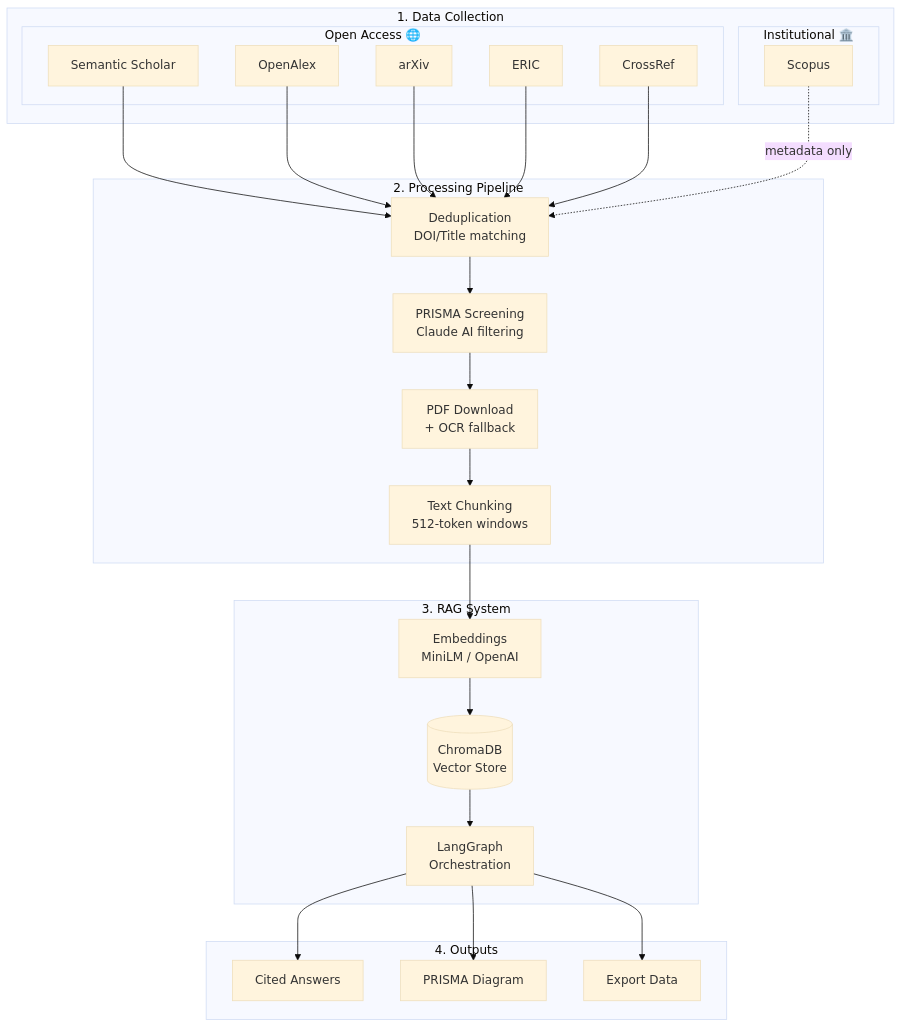
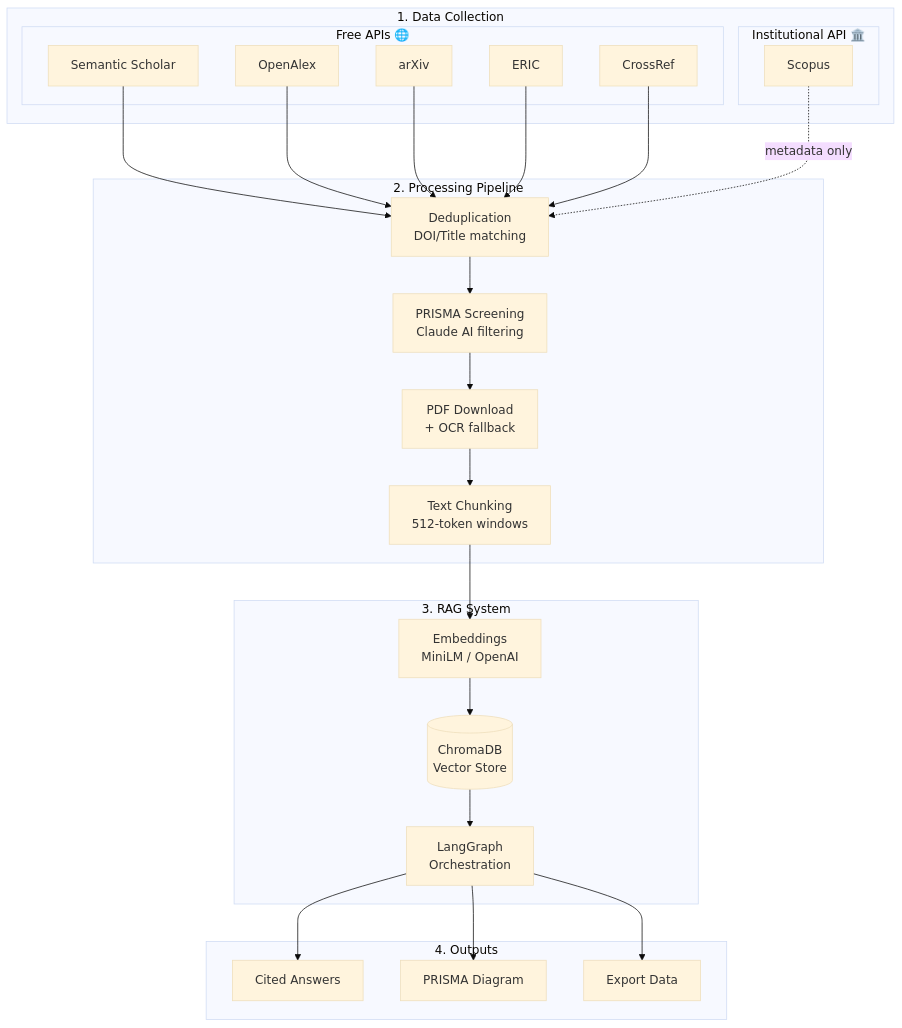
The diagram in README.md (HosungYou/ScholaRAG), drawn with Mermaid (base theme) before and after one commit. The commit also changed other lines of this file, not shown here.

First line of the commit message:
docs: Improve database classification and add API key setup guide

````diff
--- a/README.md
+++ b/README.md
@@ -72,39 +72,39 @@
 ```mermaid
 flowchart TB
     subgraph Data["1. Data Collection"]
-        subgraph OpenAccess["Open Access 🌐"]
+        subgraph FreeAPIs["Free APIs 🌐"]
             A1[Semantic Scholar]
             A2[OpenAlex]
             A3[arXiv]
             A4[ERIC]
             A5[CrossRef]
         end
-        subgraph Institutional["Institutional 🏛️"]
+        subgraph InstitutionalAPIs["Institutional API 🏛️"]
             A6[Scopus]
         end
     end
 
     subgraph Process["2. Processing Pipeline"]
         B[Deduplication<br/>DOI/Title matching]
         C[PRISMA Screening<br/>Claude AI filtering]
         D[PDF Download<br/>+ OCR fallback]
         E[Text Chunking<br/>512-token windows]
     end
 
     subgraph RAG["3. RAG System"]
         F[Embeddings<br/>MiniLM / OpenAI]
         G[(ChromaDB<br/>Vector Store)]
         H[LangGraph<br/>Orchestration]
     end
 
     subgraph Output["4. Outputs"]
         I[Cited Answers]
         J[PRISMA Diagram]
         K[Export Data]
     end
 
     A1 & A2 & A3 & A4 & A5 --> B
     A6 -.->|metadata only| B
     B --> C --> D --> E --> F --> G --> H
     H --> I & J & K
 ```
````
